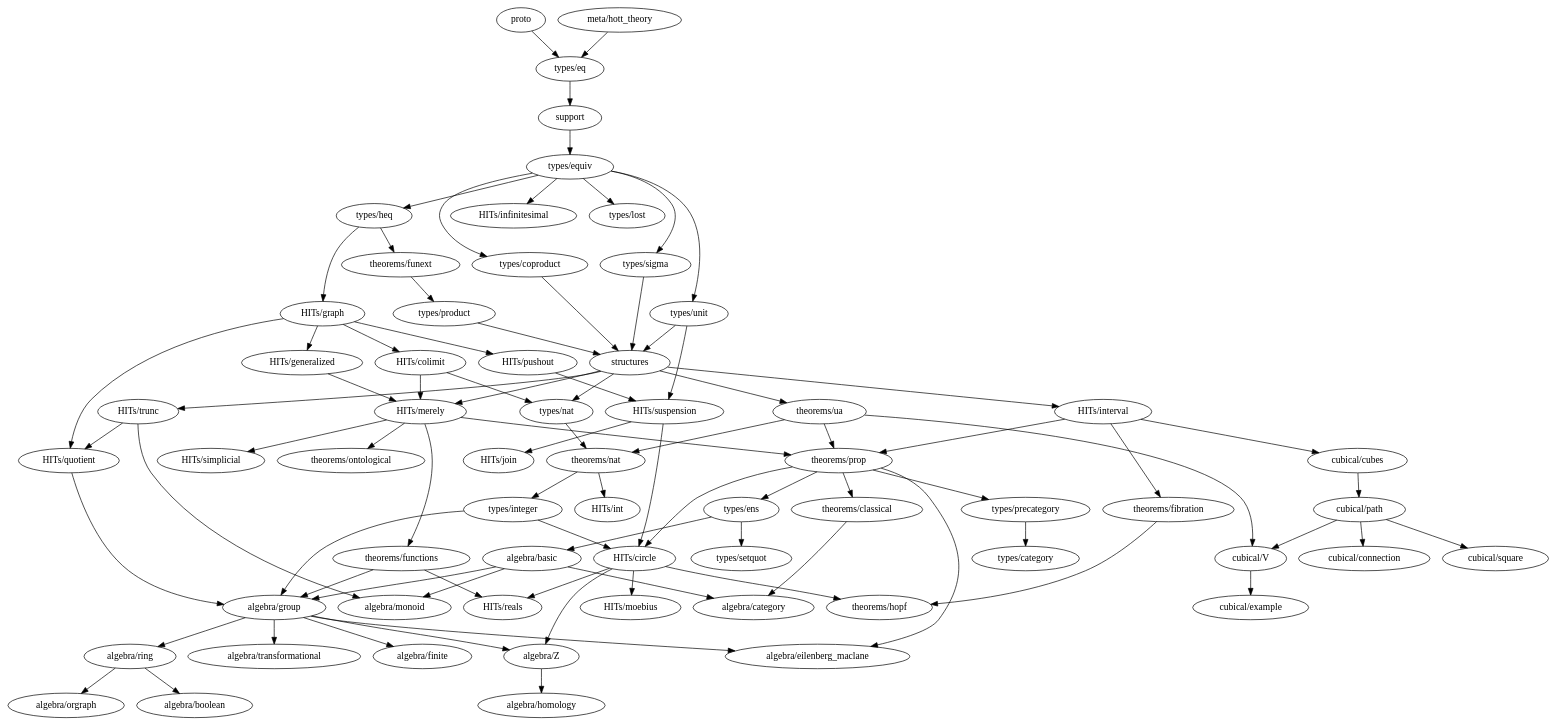
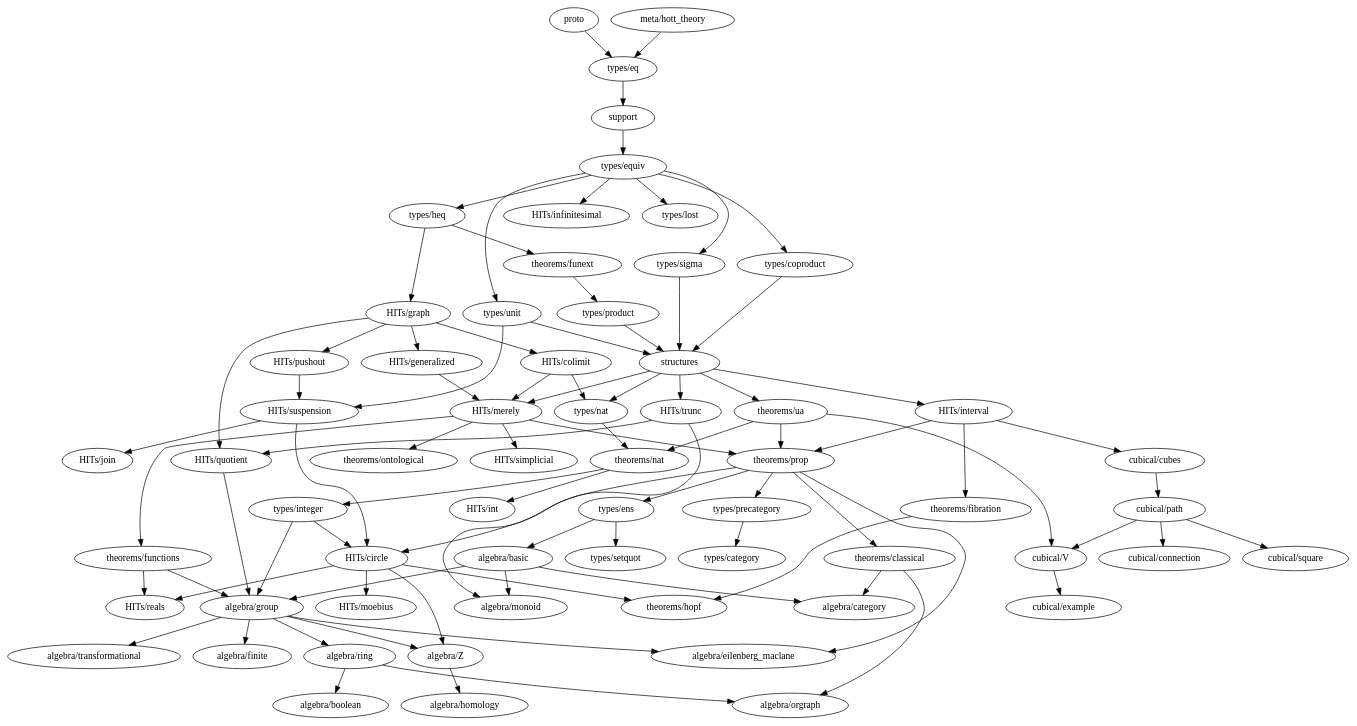
Before and after one commit to forked-from-1kasper/ground_zero: the diagram in dependency-map.gv, drawn with Graphviz. The commit also changed 1 other file, not shown here.

```diff
--- a/dependency-map.gv
+++ b/dependency-map.gv
@@ -1,136 +1,136 @@
 digraph dependency_map {
   proto -> "types/eq"
   "meta/hott_theory" -> "types/eq"
   support -> "types/equiv"
   structures -> {
     "HITs/interval",
     "HITs/merely",
     "HITs/trunc",
     "types/nat",
     "theorems/ua"
   }
 
   subgraph algebra {
     "algebra/basic" -> { "algebra/category", "algebra/monoid", "algebra/group" }
     "algebra/boolean"
     "algebra/category"
     "algebra/eilenberg_maclane"
     "algebra/finite"
     "algebra/group" -> {
       "algebra/eilenberg_maclane",
       "algebra/finite",
       "algebra/ring",
       "algebra/transformational",
       "algebra/Z"
     }
     "algebra/homology"
     "algebra/monoid"
     "algebra/orgraph"
     "algebra/ring" -> { "algebra/boolean", "algebra/orgraph" }
     "algebra/transformational"
     "algebra/Z" -> { "algebra/homology" }
   }
 
   subgraph types {
     "types/category"
     "types/coproduct" -> { structures }
     "types/eq" -> { support }
     "types/ens" -> { "algebra/basic", "types/setquot" }
     "types/equiv" -> {
       "types/heq",
       "HITs/infinitesimal",
       "types/coproduct",
       "types/lost",
       "types/unit",
       "types/sigma"
     }
     "types/heq" -> {
       "HITs/graph", "theorems/funext"
     }
     "types/integer" -> {
       "algebra/group",
       "HITs/circle"
     }
     "types/lost"
     "types/nat" -> { "theorems/nat" }
     "types/precategory" -> { "types/category" }
     "types/product" -> { structures }
     "types/setquot"
     "types/sigma" -> { structures }
     "types/unit" -> { structures, "HITs/suspension" }
   }
 
   subgraph HITs {
     "HITs/circle" -> {
       "algebra/Z",
       "theorems/hopf",
       "HITs/moebius",
       "HITs/reals"
     }
     "HITs/colimit" -> { "HITs/merely", "types/nat" }
     "HITs/generalized" -> "HITs/merely"
     "HITs/graph" -> {
       "HITs/colimit",
       "HITs/generalized",
       "HITs/pushout",
       "HITs/quotient"
     }
     "HITs/infinitesimal"
     "HITs/interval" -> {
       "cubical/cubes",
       "theorems/prop",
       "theorems/fibration"
     }
     "HITs/join"
     "HITs/merely" -> {
       "theorems/ontological",
       "theorems/prop",
       "HITs/simplicial",
       "theorems/functions"
     }
     "HITs/moebius"
     "HITs/pushout" -> {
       "HITs/suspension"
     }
     "HITs/quotient" -> { "algebra/group" }
     "HITs/reals"
     "HITs/simplicial"
     "HITs/suspension" -> { "HITs/circle", "HITs/join" }
     "HITs/trunc" -> { "algebra/monoid", "HITs/quotient" }
   }
 
   subgraph cubical {
     "cubical/connection"
     "cubical/cubes" -> "cubical/path"
     "cubical/example"
     "cubical/path" -> {
       "cubical/square",
       "cubical/V",
       "cubical/connection"
     }
     "cubical/square"
     "cubical/V" -> { "cubical/example" }
   }
 
   subgraph theorems {
-    "theorems/classical" -> { "algebra/category" }
+    "theorems/classical" -> { "algebra/category", "algebra/orgraph" }
     "theorems/fibration" -> { "theorems/hopf" }
     "theorems/functions" -> { "HITs/reals", "algebra/group" }
     "theorems/funext" -> { "types/product" }
     "theorems/hopf"
     "theorems/ontological"
     "theorems/nat" -> { "HITs/int", "types/integer" }
     "theorems/prop" -> {
       "algebra/eilenberg_maclane",
       "HITs/circle",
       "types/ens",
       "types/precategory",
       "theorems/classical"
     }
     "theorems/ua" -> {
       "theorems/nat",
       "theorems/prop",
       "cubical/V"
     }
   }
 }
```
